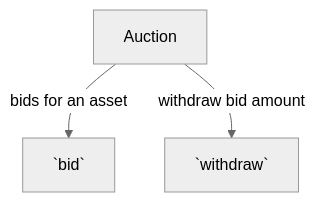
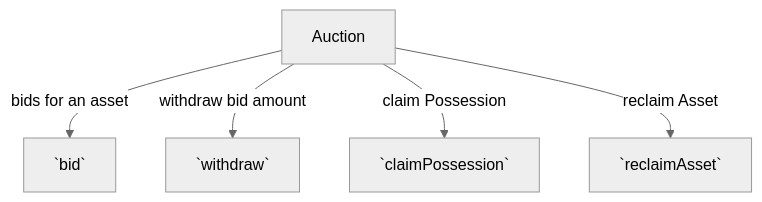
The second of 3 diagrams in README.md (abhi3700/evm_contracts_auction), drawn with Mermaid (neutral theme) before and after one commit. The commit also changed other lines of this file and 5 other files, not shown here.

Commit message:
sequenceDiagram added, assetOwnership transferred to Auction SC by AuctionRepo SC

````diff
--- a/README.md
+++ b/README.md
@@ -28,5 +30,7 @@
 ```mermaid
 flowchart TB
 Auction --bids for an asset--> `bid`
 Auction --withdraw bid amount--> `withdraw`
+Auction --claim Possession--> `claimPossession`
+Auction --reclaim Asset--> `reclaimAsset`
 ```
````
